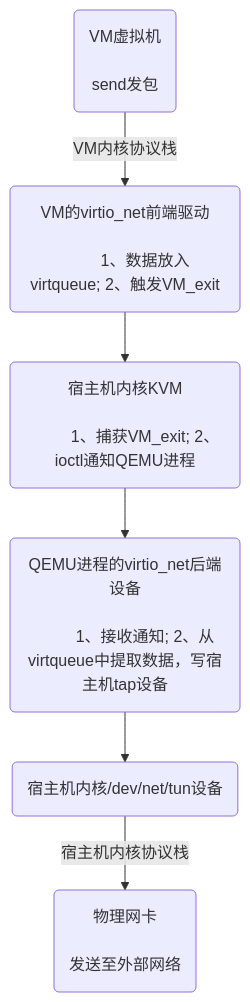
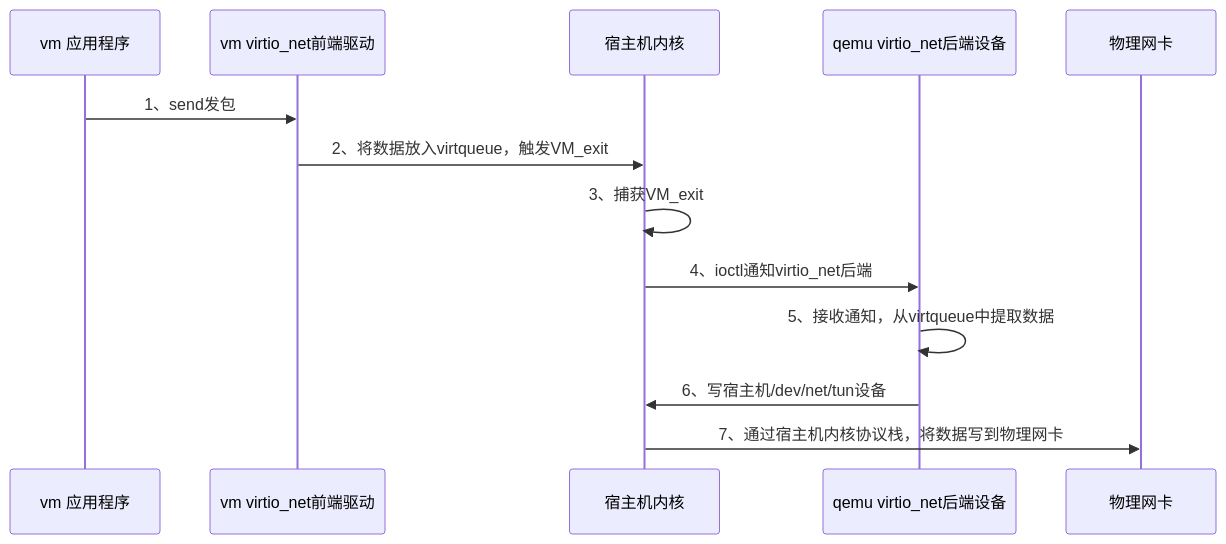
Before and after one commit to tongyishu/note: the diagram in network/virtio_net后端设备演进.md, drawn with Mermaid.

Commit message:
update virtio_net

````diff
--- a/network/virtio_net后端设备演进.md
+++ b/network/virtio_net后端设备演进.md
@@ -56,24 +56,10 @@
 ```mermaid
-flowchart TD
-    id0("VM虚拟机
-  
-         send发包")
-    id1("VM的virtio_net前端驱动
-  
-         1、数据放入virtqueue; 2、触发VM_exit")
-    id2("宿主机内核KVM
-  
-         1、捕获VM_exit; 2、ioctl通知QEMU进程")
-    id3("QEMU进程的virtio_net后端设备
-  
-         1、接收通知; 2、从virtqueue中提取数据，写宿主机tap设备")
-    id4("宿主机内核/dev/net/tun设备")
-    id5("物理网卡
-
-        发送至外部网络")
-    id0 --VM内核协议栈--> id1
-    id1 --> id2
-    id2 --> id3
-    id3 --> id4
-    id4 --宿主机内核协议栈-->id5
+sequenceDiagram
+    vm 应用程序->>vm virtio_net前端驱动: 1、send发包
+    vm virtio_net前端驱动->>宿主机内核: 2、将数据放入virtqueue，触发VM_exit
+    宿主机内核->>宿主机内核: 3、捕获VM_exit
+    宿主机内核->>qemu virtio_net后端设备: 4、ioctl通知virtio_net后端
+    qemu virtio_net后端设备->>qemu virtio_net后端设备: 5、接收通知，从virtqueue中提取数据
+    qemu virtio_net后端设备->>宿主机内核: 6、写宿主机/dev/net/tun设备
+    宿主机内核->>物理网卡: 7、通过宿主机内核协议栈，将数据写到物理网卡
 ```
````
